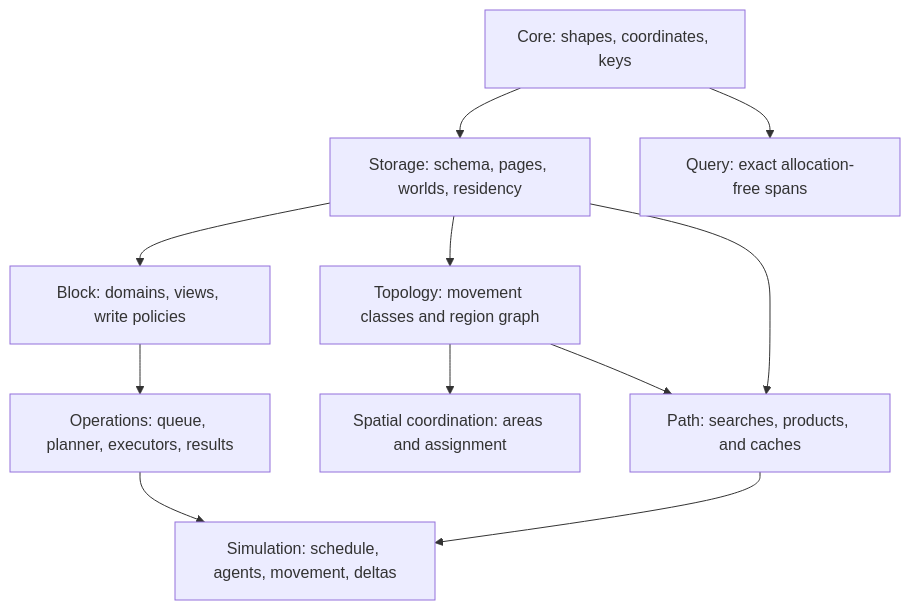
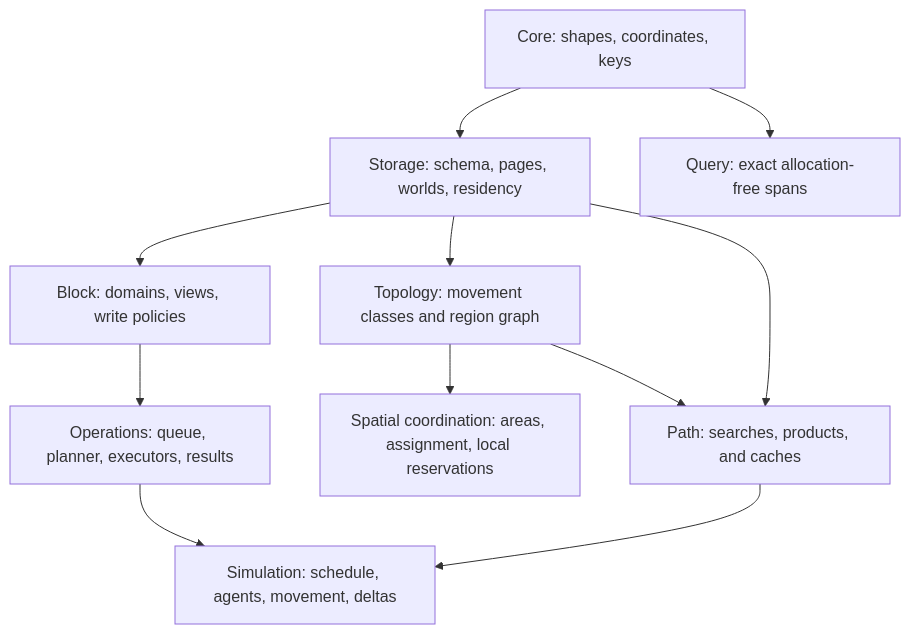
Before and after one commit to kindjie/tess: the first of 5 diagrams in docs/architecture/README.md, drawn with Mermaid. The commit also changed 14 other files, not shown here.

Commit message:
Complete local crowd coordination

````diff
--- a/docs/architecture/README.md
+++ b/docs/architecture/README.md
@@ -19,25 +19,25 @@
 ```mermaid
 flowchart TB
   accTitle: tess module dependency layers
   accDescr: Core and storage foundations support block operations and topology, which in turn support queued work, paths, and simulation.
 
   Core["Core: shapes, coordinates, keys"]
   Storage["Storage: schema, pages, worlds, residency"]
   Block["Block: domains, views, write policies"]
   Query["Query: exact allocation-free spans"]
   Ops["Operations: queue, planner, executors, results"]
   Topology["Topology: movement classes and region graph"]
-  Spatial["Spatial coordination: areas and assignment"]
+  Spatial["Spatial coordination: areas, assignment, local reservations"]
   Path["Path: searches, products, and caches"]
   Sim["Simulation: schedule, agents, movement, deltas"]
   Core --> Storage
   Storage --> Block
   Core --> Query
   Storage --> Topology
   Block --> Ops
   Topology --> Path
   Topology --> Spatial
   Storage --> Path
   Ops --> Sim
   Path --> Sim
 ```
````
